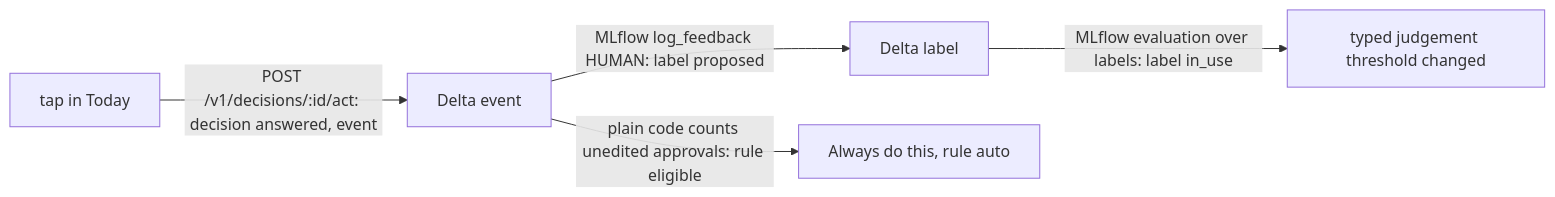
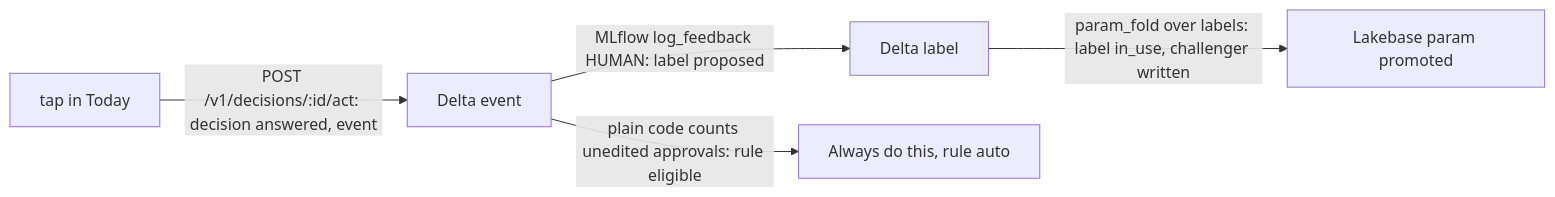
One commit to benverhaalen/secondhand changed the ninth of 13 diagrams in spec/product.md. Above: the diagram before and after it, drawn with Mermaid. The commit also changed other lines of this file and 11 other files, not shown here.

````diff
--- a/spec/product.md
+++ b/spec/product.md
@@ -762,7 +832,7 @@
 ```mermaid
 flowchart LR
   T["tap in Today"] -->|"POST /v1/decisions/:id/act: decision answered, event"| E["Delta event"]
   E -->|"MLflow log_feedback HUMAN: label proposed"| L["Delta label"]
   E -->|"plain code counts unedited approvals: rule eligible"| R["Always do this, rule auto"]
-  L -->|"MLflow evaluation over labels: label in_use"| J["typed judgement threshold changed"]
+  L -->|"param_fold over labels: label in_use, challenger written"| J["Lakebase param promoted"]
 ```
````
